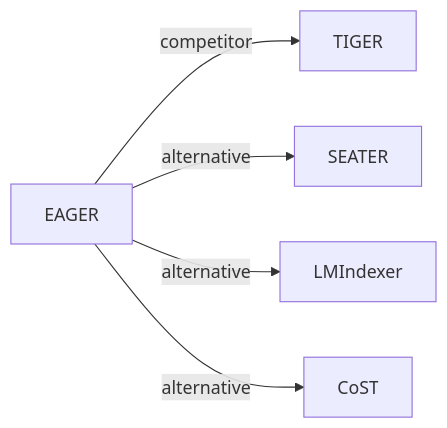
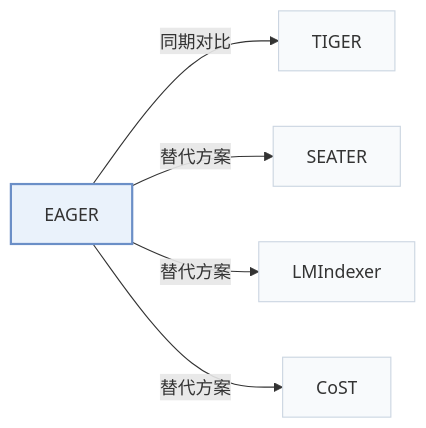
One commit to Galaxy-ghost/Awesome-SID-Generative-Rec changed the third of 3 diagrams in pages/zh/papers/eager.md. Above: the diagram before and after it, drawn with Mermaid. The commit also changed other lines of this file and 649 other files, not shown here.

Commit message:
writer-05: also tags and modality index (schema, check, build, visuals); summary field removed; calibration data for 12 papers

````diff
--- a/pages/zh/papers/eager.md
+++ b/pages/zh/papers/eager.md
@@ -133,8 +155,12 @@
 ```mermaid
 flowchart LR
     P["EAGER"]
-    P -->|competitor| A["TIGER"]
-    P -->|alternative| B["SEATER"]
-    P -->|alternative| C["LMIndexer"]
-    P -->|alternative| D["CoST"]
+    P -->|"同期对比"| A["TIGER"]
+    P -->|"替代方案"| B["SEATER"]
+    P -->|"替代方案"| C["LMIndexer"]
+    P -->|"替代方案"| D["CoST"]
+    classDef main fill:#eaf2fb,stroke:#6b8fc7,stroke-width:2px
+    classDef peer fill:#f8fafc,stroke:#cbd5e1
+    class P main
+    class A,B,C,D peer
 ```
````
